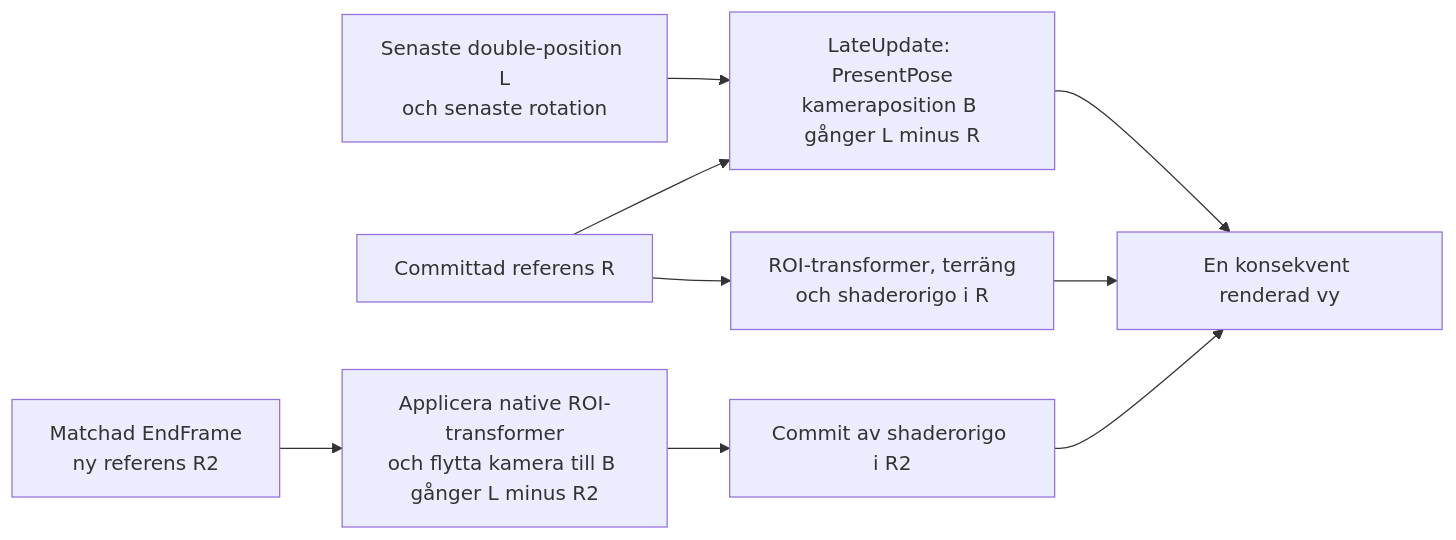
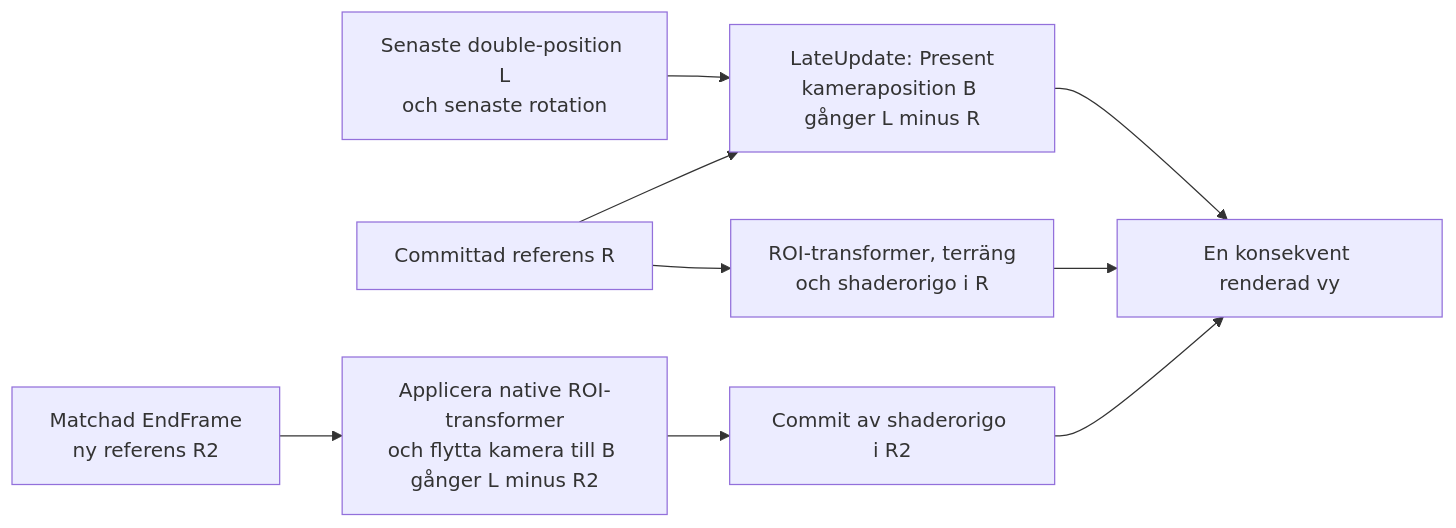
The fourth of 12 diagrams in docs/design/command-loop-and-locks.md (ToolTech/CSWUnity), drawn with Mermaid before and after one commit. The commit also changed other lines of this file and 465 other files, not shown here.

````diff
--- a/docs/design/command-loop-and-locks.md
+++ b/docs/design/command-loop-and-locks.md
@@ -215,11 +215,11 @@
 ```mermaid
 flowchart LR
-    INPUT["Senaste double-position L<br/>och senaste rotation"] --> LIVE["LateUpdate: PresentPose<br/>kameraposition B gånger L minus R"]
+    INPUT["Senaste double-position L<br/>och senaste rotation"] --> LIVE["LateUpdate: Present<br/>kameraposition B gånger L minus R"]
     OLD["Committad referens R"] --> LIVE
     OLD --> SCENE["ROI-transformer, terräng<br/>och shaderorigo i R"]
     LIVE --> VIEW["En konsekvent renderad vy"]
     SCENE --> VIEW
     FENCE["Matchad EndFrame<br/>ny referens R2"] --> REBASE["Applicera native ROI-transformer<br/>och flytta kamera till B gånger L minus R2"]
     REBASE --> SHADER["Commit av shaderorigo i R2"]
     SHADER --> VIEW
 ```
````
